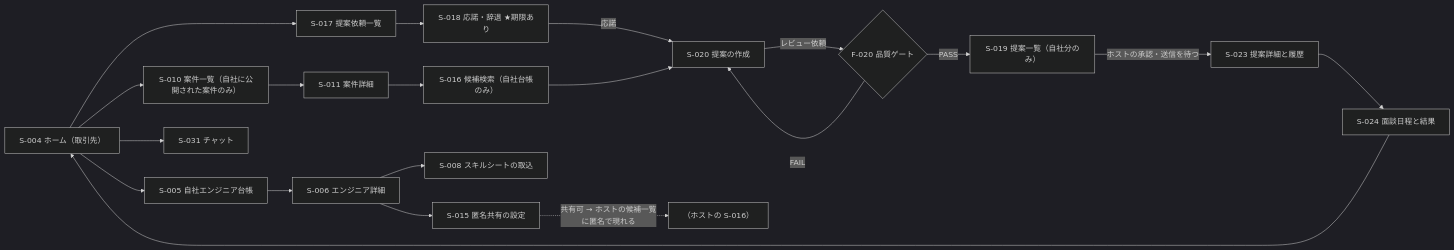
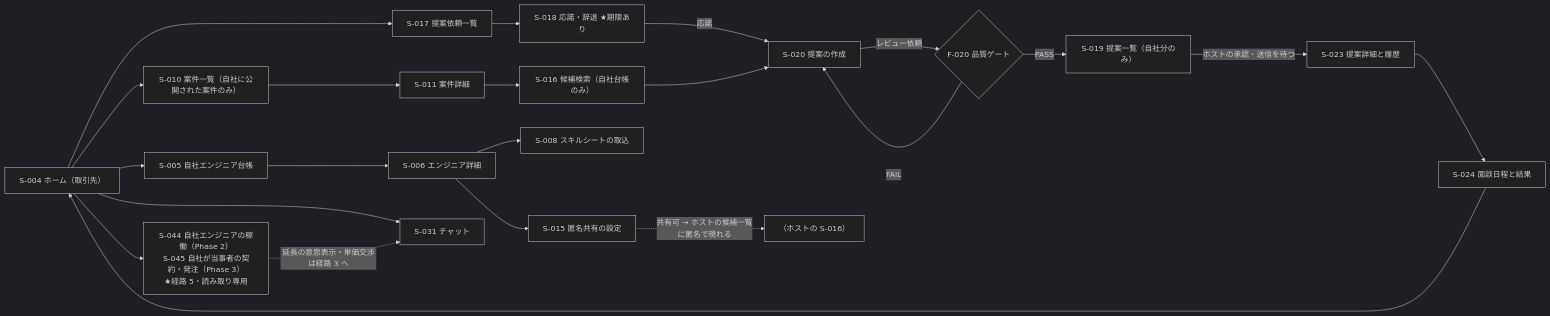
Before and after one commit to Festal-KM/SES-Platform: the second of 4 diagrams in docs/04-ui-design.md, drawn with Mermaid (dark theme). The commit also changed other lines of this file, not shown here.

````diff
--- a/docs/04-ui-design.md
+++ b/docs/04-ui-design.md
@@ -179,22 +188,24 @@
 ```mermaid
 flowchart LR
   S004["S-004 ホーム（取引先）"] --> S017p["S-017 提案依頼一覧"]
   S017p --> S018["S-018 応諾・辞退 ★期限あり"]
   S018 -->|"応諾"| S020p["S-020 提案の作成"]
   S004 --> S010p["S-010 案件一覧（自社に公開された案件のみ）"]
   S010p --> S011p["S-011 案件詳細"]
   S011p --> S016p["S-016 候補検索（自社台帳のみ）"]
   S016p --> S020p
   S020p -->|"レビュー依頼"| GATE{"F-020 品質ゲート"}
   GATE -->|"FAIL"| S020p
   GATE -->|"PASS"| S019p["S-019 提案一覧（自社分のみ）"]
   S019p -->|"ホストの承認・送信を待つ"| S023p["S-023 提案詳細と履歴"]
   S023p --> S024p["S-024 面談日程と結果"]
   S004 --> S005p["S-005 自社エンジニア台帳"]
   S005p --> S006p["S-006 エンジニア詳細"]
   S006p --> S008p["S-008 スキルシートの取込"]
   S006p --> S015["S-015 匿名共有の設定"]
   S015 -.->|"共有可 → ホストの候補一覧に匿名で現れる"| S016h["（ホストの S-016）"]
   S004 --> S031p["S-031 チャット"]
+  S004 --> S044["S-044 自社エンジニアの稼働（Phase 2）<br/>S-045 自社が当事者の契約・発注（Phase 3）<br/>★経路 5・読み取り専用"]
+  S044 -.->|"延長の意思表示・単価交渉は経路 3 へ"| S031p
   S024p --> S004
 ```
````
